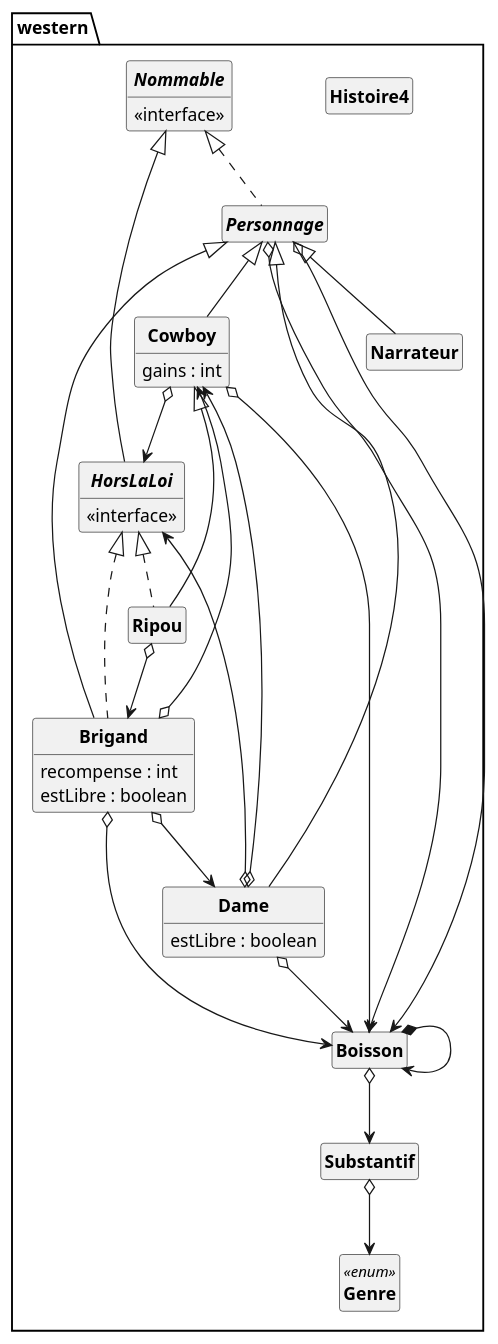
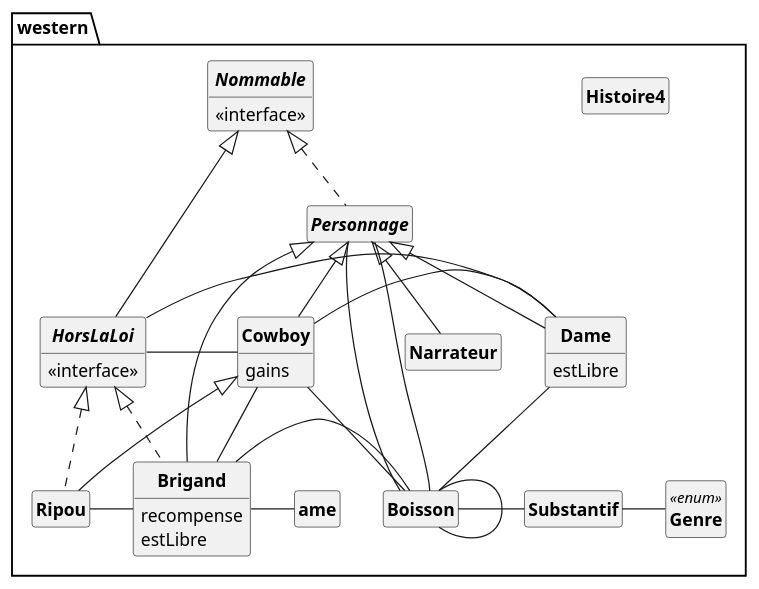
The diagram in uml/westernDCA.puml (yassinkioua/Projet-PumlFromJava), drawn with PlantUML before and after one commit. The commit also changed 57 other files, not shown here.

Commit message:
Dernière maj des rapports et des diagrammes

```diff
--- a/uml/westernDCA.puml
+++ b/uml/westernDCA.puml
@@ -1,63 +1,63 @@
 @startuml
 'https://plantuml.com/class-diagram 
  skinparam classAttributeIconSize 0 
 skinparam classFontStyle Bold
 skinparam style strictuml
 hide empty members
 package western{
+class Cowboy extends Personnage{ 
+gains
+
+ } 
+class Brigand extends Personnage implements HorsLaLoi{ 
+recompense
+estLibre
+
+ } 
+class Dame extends Personnage{ 
+estLibre
+
+ } 
+class Boisson{ 
+
+ } 
 class Histoire4{ 
+
+ } 
+class Narrateur extends Personnage{ 
+
+ } 
+class Ripou extends Cowboy implements HorsLaLoi{ 
+
+ } 
+class Substantif{ 
 
  } 
 enum Genre <<enum>> { 
 
  } 
-interface HorsLaLoi implements Nommable{ 
-<<interface>>
- } 
-class Cowboy extends Personnage{ 
-gains : int
-
- } 
 interface Nommable{ 
 <<interface>>
- } 
-class Ripou extends Cowboy implements HorsLaLoi{ 
-
- } 
-class Dame extends Personnage{ 
-estLibre : boolean
-
- } 
-class Substantif{ 
-
- } 
-class Narrateur extends Personnage{ 
-
  } 
 abstract class Personnage implements Nommable{ 
 
  } 
-class Brigand extends Personnage implements HorsLaLoi{ 
-recompense : int
-estLibre : boolean
-
+interface HorsLaLoi implements Nommable{ 
+<<interface>>
  } 
-class Boisson{ 
-
- } 
-Cowboy o--> HorsLaLoi
-Cowboy o--> Boisson
-Ripou o--> Brigand
-Dame o--> Cowboy
-Dame o--> HorsLaLoi
-Dame o--> Boisson
-Substantif o--> Genre
-Personnage o--> Boisson
-Personnage o--> Boisson
-Brigand o--> Dame
-Brigand o--> Cowboy
-Brigand o--> Boisson
-Boisson o--> Substantif
-Boisson*->Boisson
+Cowboy-HorsLaLoi
+Cowboy-Boisson
+Brigand-Dame
+Brigand-Cowboy
+Brigand-Boisson
+Dame-Cowboy
+Dame-HorsLaLoi
+Dame-Boisson
+Boisson-Substantif
+Boisson-Boisson
+Ripou-Brigand
+Substantif-Genre
+Personnage-Boisson
+Personnage-Boisson
 }
 @enduml
```
